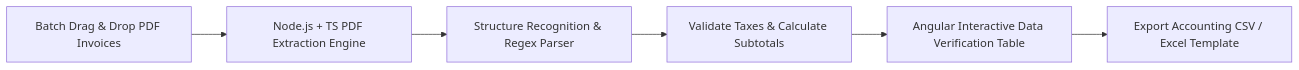
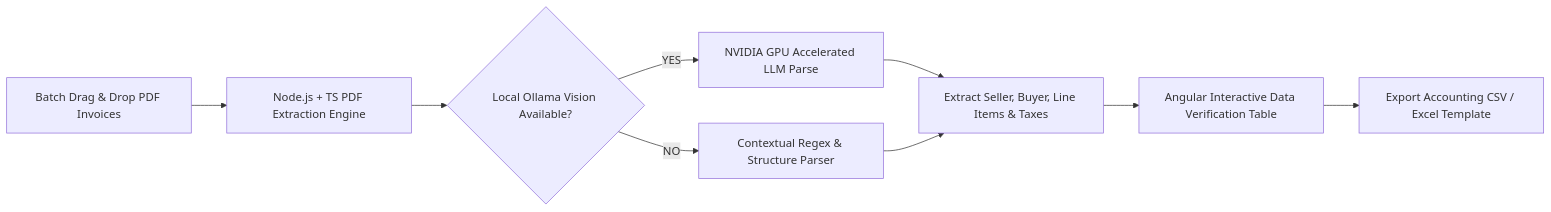
Before and after one commit to Eng-Ahmet/invoice2csv: the diagram in README.md, drawn with Mermaid. The commit also changed other lines of this file, not shown here.

Commit message:
Add NVIDIA CUDA GPU Computer Vision & Ollama Local LLM extraction specs to README

````diff
--- a/README.md
+++ b/README.md
@@ -56,8 +76,10 @@
 ```mermaid
 flowchart LR
     A[Batch Drag & Drop PDF Invoices] --> B[Node.js + TS PDF Extraction Engine]
-    B --> C[Structure Recognition & Regex Parser]
-    C --> D[Validate Taxes & Calculate Subtotals]
-    D --> E[Angular Interactive Data Verification Table]
-    E --> F[Export Accounting CSV / Excel Template]
+    B --> C{Local Ollama Vision Available?}
+    C -->|YES| D[NVIDIA GPU Accelerated LLM Parse]
+    C -->|NO| E[Contextual Regex & Structure Parser]
+    D & E --> F[Extract Seller, Buyer, Line Items & Taxes]
+    F --> G[Angular Interactive Data Verification Table]
+    G --> H[Export Accounting CSV / Excel Template]
 ```
````
